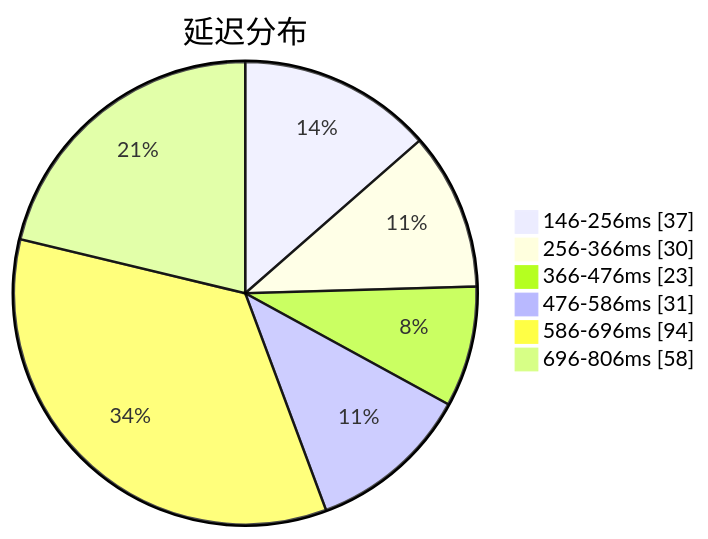
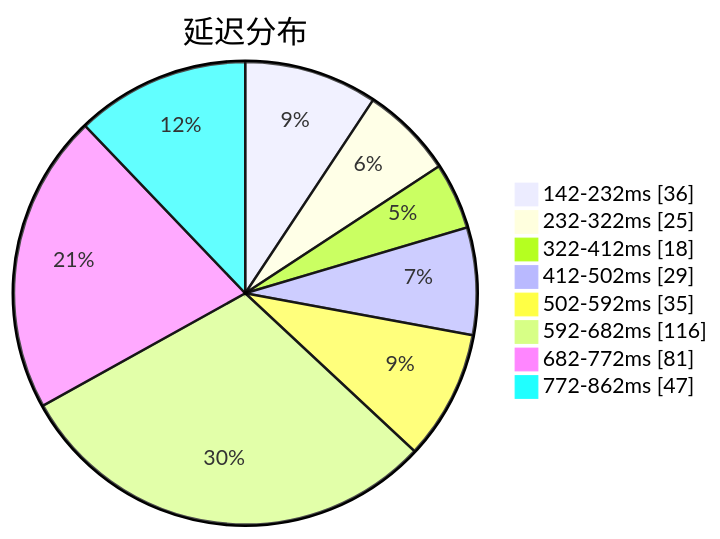
One commit to qjlxg/airport changed the first of 3 diagrams in subs/statistics/tested_within.md. Above: the diagram before and after it, drawn with Mermaid. The commit also changed other lines of this file and 2 other files, not shown here.

Commit message:
Tested by metaST

````diff
--- a/subs/statistics/tested_within.md
+++ b/subs/statistics/tested_within.md
@@ -2,10 +2,12 @@
 ```mermaid
 pie showData
 title 延迟分布
-"146-256ms" : 37
-"256-366ms" : 30
-"366-476ms" : 23
-"476-586ms" : 31
-"586-696ms" : 94
-"696-806ms" : 58
+"142-232ms" : 36
+"232-322ms" : 25
+"322-412ms" : 18
+"412-502ms" : 29
+"502-592ms" : 35
+"592-682ms" : 116
+"682-772ms" : 81
+"772-862ms" : 47
 ```
````
